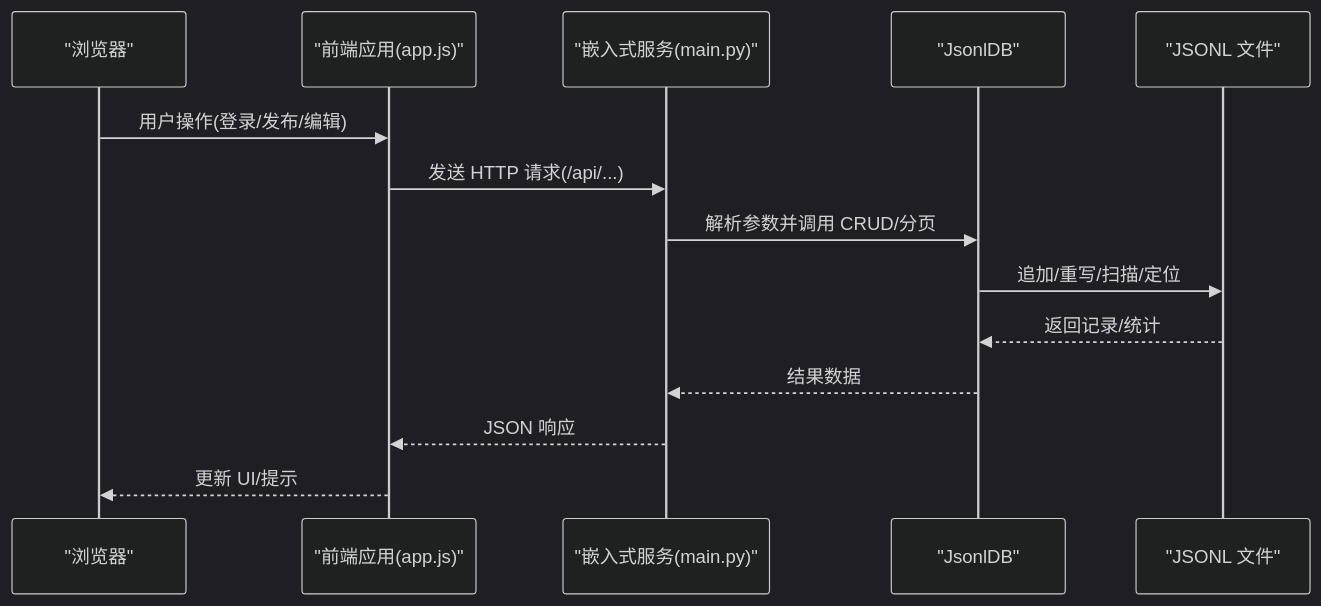
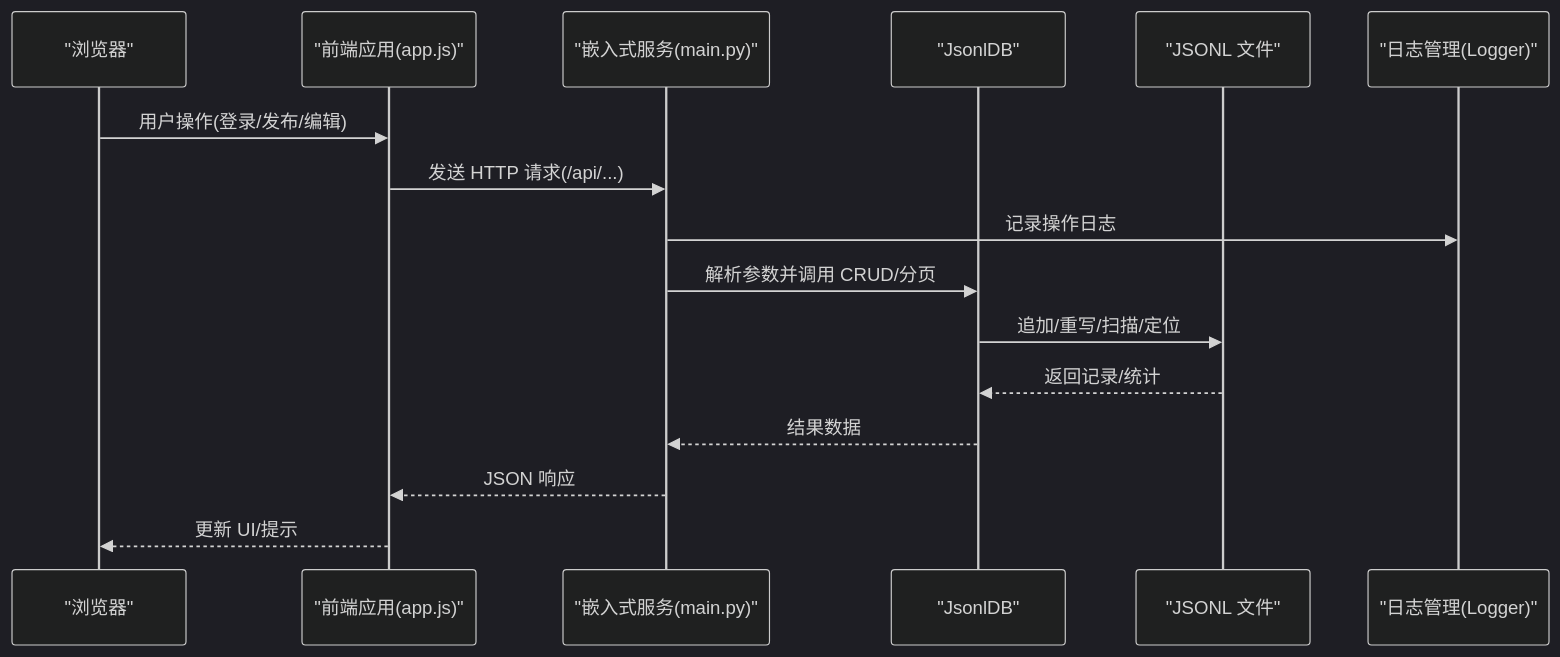
One commit to qq20739111/weilushishe-lishitai changed the second of 7 diagrams in .qoder/repowiki/zh/content/数据管理/数据管理.md. Above: the diagram before and after it, drawn with Mermaid (dark theme). The commit also changed other lines of this file and 23 other files, not shown here.

````diff
--- a/.qoder/repowiki/zh/content/数据管理/数据管理.md
+++ b/.qoder/repowiki/zh/content/数据管理/数据管理.md
@@ -134,16 +138,18 @@
 ```mermaid
 sequenceDiagram
 participant Browser as "浏览器"
 participant AppJS as "前端应用(app.js)"
 participant Server as "嵌入式服务(main.py)"
 participant DB as "JsonlDB"
 participant FS as "JSONL 文件"
+participant Logger as "日志管理(Logger)"
 Browser->>AppJS : 用户操作(登录/发布/编辑)
 AppJS->>Server : 发送 HTTP 请求(/api/...)
+Server->>Logger : 记录操作日志
 Server->>DB : 解析参数并调用 CRUD/分页
 DB->>FS : 追加/重写/扫描/定位
 FS-->>DB : 返回记录/统计
 DB-->>Server : 结果数据
 Server-->>AppJS : JSON 响应
 AppJS-->>Browser : 更新 UI/提示
 ```
````
